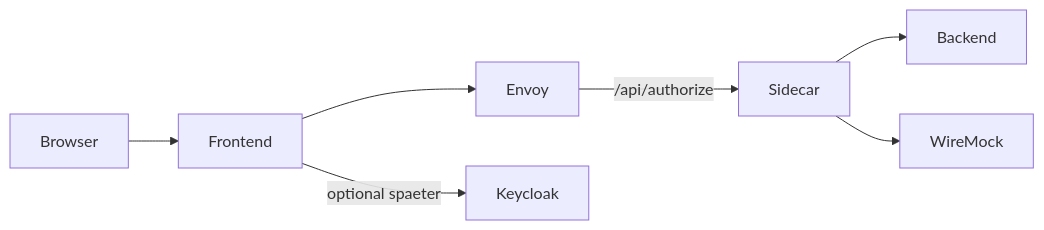
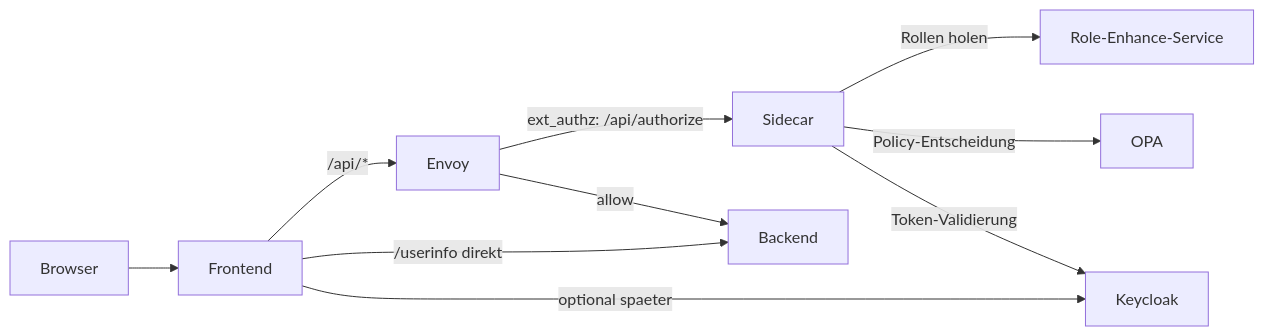
Before and after one commit to maatini/sidecar-demo: the diagram in README.md, drawn with Mermaid. The commit also changed other lines of this file, not shown here.

Commit message:
docs: update architecture diagram and description to reflect enhanced sidecar authorization flow

````diff
--- a/README.md
+++ b/README.md
@@ -28,9 +28,15 @@
 ```mermaid
 flowchart LR
     Browser --> Frontend
-    Frontend --> Envoy
-    Envoy -->|/api/authorize| Sidecar
-    Sidecar --> Backend
-    Sidecar --> WireMock
+
+    Frontend -->|/api/*| Envoy
+    Envoy -->|ext_authz: /api/authorize| Sidecar
+    Sidecar -->|Rollen holen| RoleService[Role-Enhance-Service]
+    Sidecar -->|Policy-Entscheidung| OPA
+    Envoy -->|allow| Backend
+
+    Frontend -->|/userinfo direkt| Backend
+
     Frontend -->|optional spaeter| Keycloak
+    Sidecar -->|Token-Validierung| Keycloak
 ```
````
